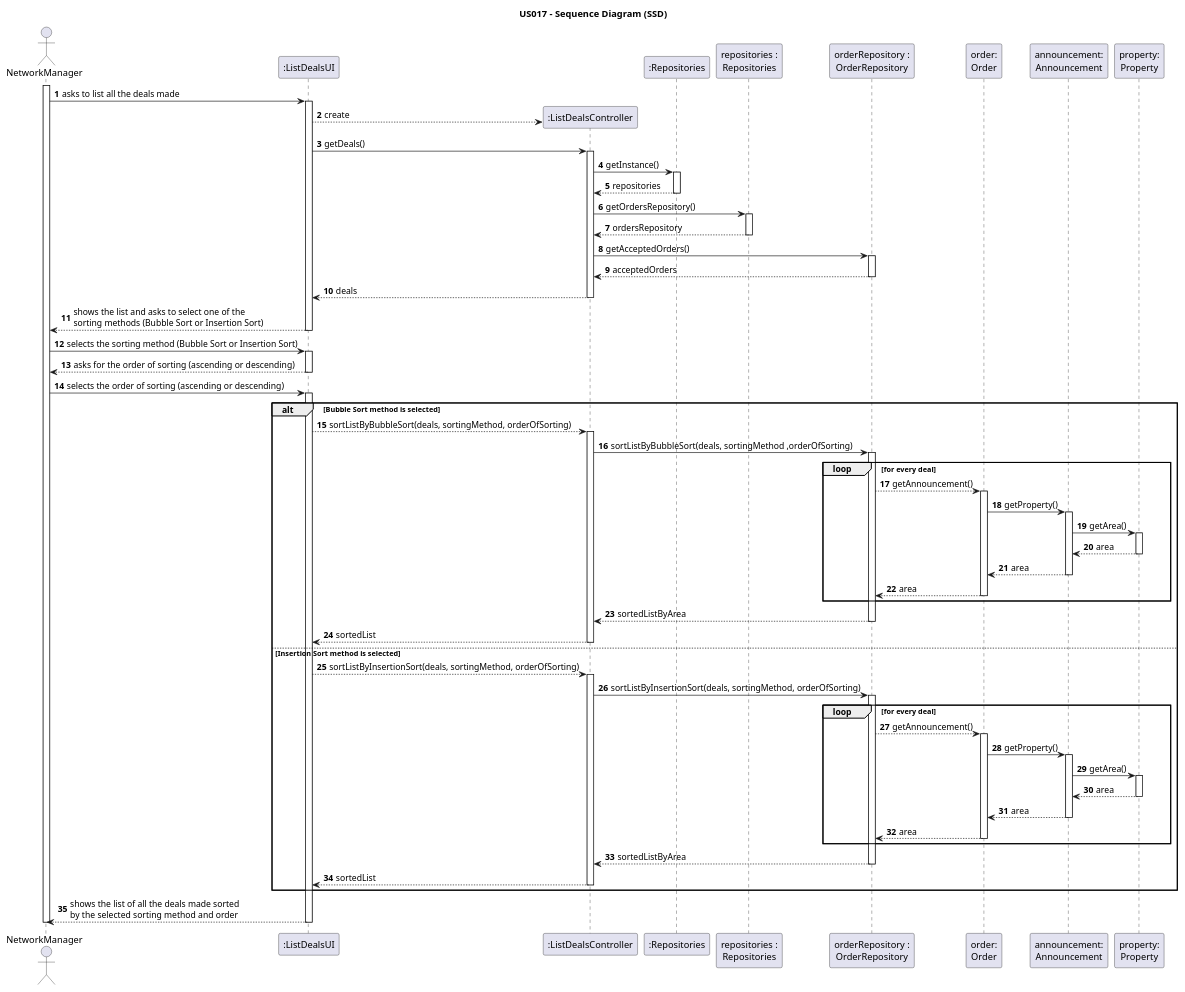
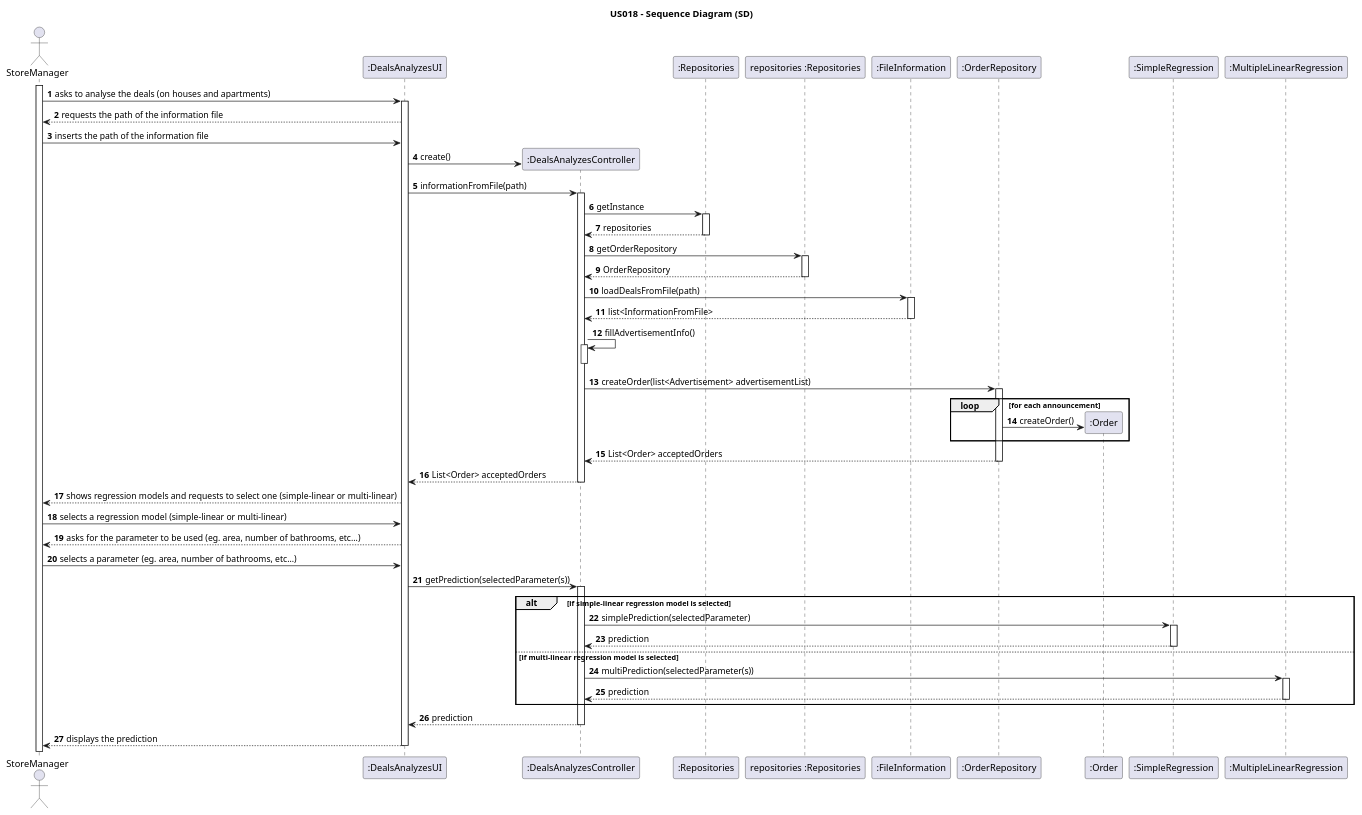
The diagram in docs/sprintD/us018/03.design/puml/us018-sequence-diagram-full.puml (1220812/LAPR2), drawn with PlantUML before and after one commit. The commit also changed 9 other files, not shown here.

```diff
--- a/docs/sprintD/us018/03.design/puml/us018-sequence-diagram-full.puml
+++ b/docs/sprintD/us018/03.design/puml/us018-sequence-diagram-full.puml
@@ -1,171 +1,99 @@
 @startuml
 autonumber
+title US018 - Sequence Diagram (SD)
+actor StoreManager as SM
 
-title US017 - Sequence Diagram (SSD)
+participant ":DealsAnalyzesUI" as GUI
+participant ":DealsAnalyzesController" as CTRL
+participant ":Repositories" as REPO
+participant "repositories :Repositories" as repo
+participant ":FileInformation" as IF
 
-actor "NetworkManager" as NM
-participant ":ListDealsUI" as UI
-participant ":ListDealsController" as Controller
+participant ":OrderRepository" as OR
+participant ":Order" as O
 
-participant ":Repositories" as PLAT
-participant "repositories :\nRepositories" as REP
-participant "orderRepository :\nOrderRepository" as OR
-participant "order:\nOrder" as order
-participant "announcement:\nAnnouncement" as announcement
-participant "property:\nProperty" as property
+participant ":SimpleRegression" as SR
+participant ":MultipleLinearRegression" as MLR
 
-activate NM
+activate SM
 
-    NM -> UI : asks to list all the deals made
+    SM -> GUI: asks to analyse the deals (on houses and apartments)
+    activate GUI
+        SM <-- GUI: requests the path of the information file
+        SM -> GUI: inserts the path of the information file
 
-    activate UI
+        GUI -> CTRL**: create()
+        GUI -> CTRL: informationFromFile(path)
+        activate CTRL
 
-    UI --> Controller** : create
+            CTRL -> REPO: getInstance
+            activate REPO
+                CTRL <-- REPO: repositories
+            deactivate REPO
+            CTRL -> repo: getOrderRepository
+            activate repo
+                CTRL <-- repo: OrderRepository
+            deactivate repo
+            CTRL -> IF: loadDealsFromFile(path)
+            activate IF
 
-    UI -> Controller : getDeals()
+                CTRL <-- IF: list<InformationFromFile>
+            deactivate IF
 
-    activate Controller
+            CTRL -> CTRL: fillAdvertisementInfo()
+            activate CTRL
 
-    Controller -> PLAT : getInstance()
+            deactivate CTRL
 
-    activate PLAT
+            CTRL -> OR: createOrder(list<Advertisement> advertisementList)
+            activate OR
 
-    PLAT --> Controller : repositories
+loop for each announcement
+                OR -> O**: createOrder()
+end
+                CTRL <-- OR: List<Order> acceptedOrders
+            deactivate OR
 
-    deactivate PLAT
+            GUI <-- CTRL: List<Order> acceptedOrders
 
-    Controller -> REP : getOrdersRepository()
+        deactivate CTRL
 
-    activate REP
+        deactivate CTRL
 
-    REP --> Controller : ordersRepository
+        SM <-- GUI: shows regression models and requests to select one (simple-linear or multi-linear)
+        SM -> GUI: selects a regression model (simple-linear or multi-linear)
+        GUI --> SM: asks for the parameter to be used (eg. area, number of bathrooms, etc...)
+        SM -> GUI : selects a parameter (eg. area, number of bathrooms, etc...)
 
-    deactivate REP
+        GUI -> CTRL: getPrediction(selectedParameter(s))
+        alt if simple-linear regression model is selected
+        activate CTRL
 
-    Controller -> OR : getAcceptedOrders()
+            CTRL -> SR: simplePrediction(selectedParameter)
+            activate SR
 
-    activate OR
+                SR --> CTRL: prediction
 
-    OR --> Controller : acceptedOrders
+                deactivate SR
 
-    deactivate OR
+            else if multi-linear regression model is selected
 
-    Controller --> UI : deals
+                CTRL -> MLR: multiPrediction(selectedParameter(s))
+                activate MLR
 
-    deactivate Controller
+                    MLR --> CTRL: prediction
 
-        UI --> NM : shows the list and asks to select one of the \nsorting methods (Bubble Sort or Insertion Sort)
+                    deactivate MLR
 
-    deactivate UI
+            end
 
-    NM -> UI : selects the sorting method (Bubble Sort or Insertion Sort)
+            CTRL --> GUI: prediction
 
-    activate UI
+    deactivate CTRL
 
-    UI --> NM : asks for the order of sorting (ascending or descending)
+        SM <-- GUI: displays the prediction
 
-    deactivate UI
+    deactivate GUI
 
-    NM -> UI : selects the order of sorting (ascending or descending)
-     alt Bubble Sort method is selected
-
-        activate UI
-
-        UI --> Controller : sortListByBubbleSort(deals, sortingMethod, orderOfSorting)
-
-        activate Controller
-
-        Controller -> OR : sortListByBubbleSort(deals, sortingMethod ,orderOfSorting)
-
-        activate OR
-
-        loop for every deal
-
-        OR --> order : getAnnouncement()
-
-        activate order
-
-        order -> announcement : getProperty()
-
-        activate announcement
-
-        announcement -> property : getArea()
-
-        activate property
-
-        property --> announcement : area
-
-        deactivate property
-
-        announcement --> order : area
-
-        deactivate announcement
-
-        order --> OR : area
-
-        deactivate order
-
-        end
-
-        OR --> Controller : sortedListByArea
-
-        deactivate OR
-
-        Controller --> UI : sortedList
-
-        deactivate Controller
-
-     else Insertion Sort method is selected
-
-             UI --> Controller : sortListByInsertionSort(deals, sortingMethod, orderOfSorting)
-
-             activate Controller
-
-             Controller -> OR : sortListByInsertionSort(deals, sortingMethod, orderOfSorting)
-
-             activate OR
-
-             loop for every deal
-
-                     OR --> order : getAnnouncement()
-
-                     activate order
-
-                     order -> announcement : getProperty()
-
-                     activate announcement
-
-                     announcement -> property : getArea()
-
-                     activate property
-
-                     property --> announcement : area
-
-                     deactivate property
-
-                     announcement --> order : area
-
-                     deactivate announcement
-
-                     order --> OR : area
-
-                     deactivate order
-
-                     end
-
-             OR --> Controller : sortedListByArea
-
-             deactivate OR
-
-             Controller --> UI : sortedList
-
-             deactivate Controller
-     end
-
-    UI --> NM : shows the list of all the deals made sorted \nby the selected sorting method and order
-
-    deactivate UI
-
-deactivate NM
 
 @enduml
```
